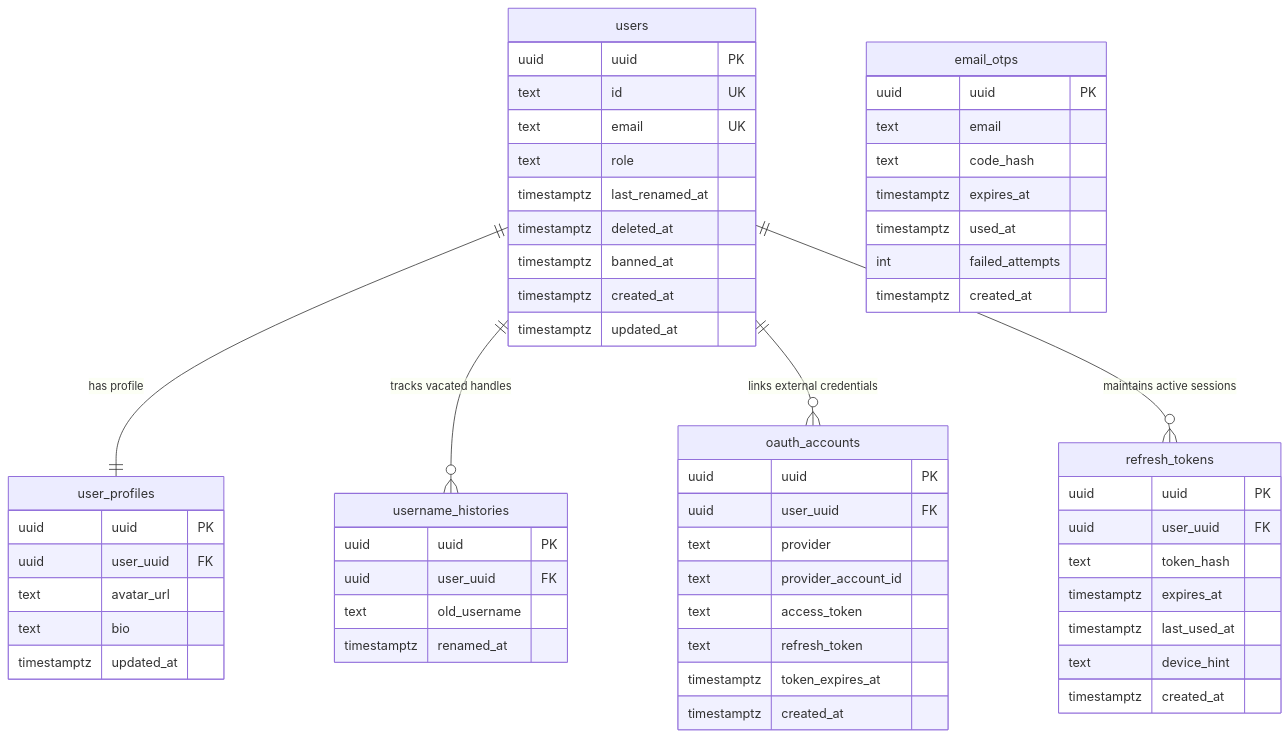
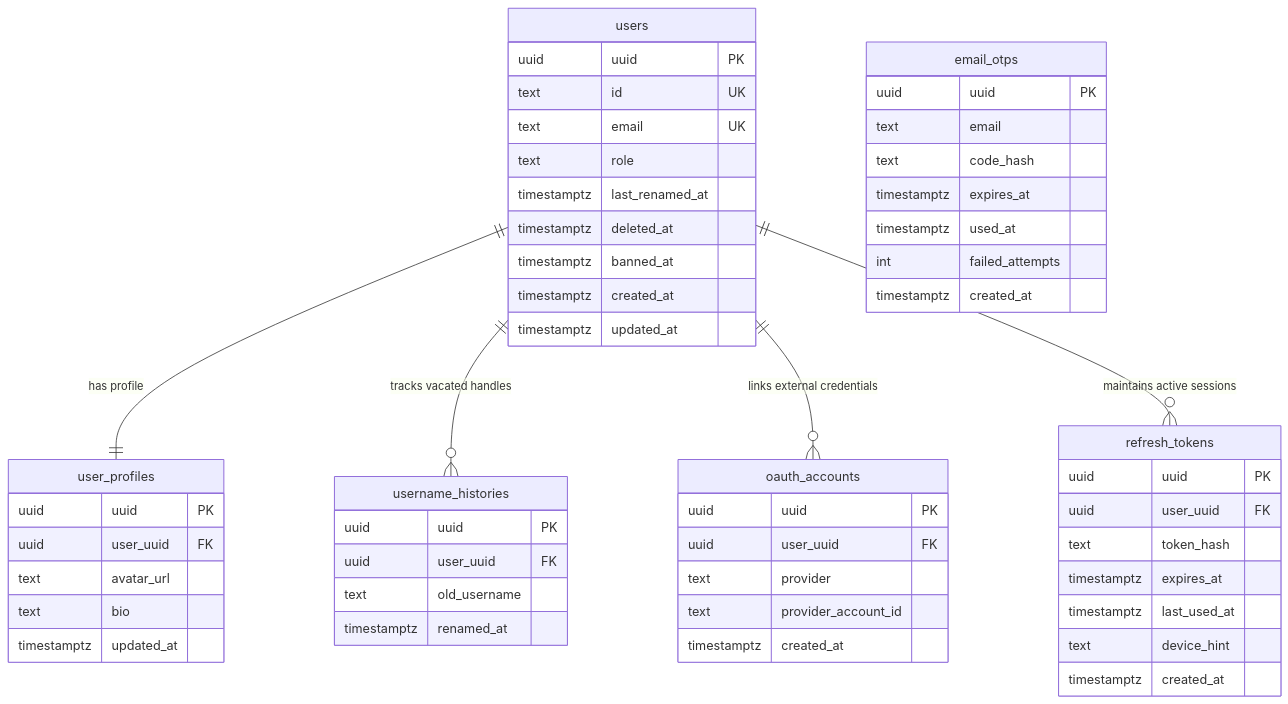
Before and after one commit to rohitramu/quadsmith: the diagram in docs/plans/user_auth.md, drawn with Mermaid. The commit also changed other lines of this file and 46 other files, not shown here.

````diff
--- a/docs/plans/user_auth.md
+++ b/docs/plans/user_auth.md
@@ -56,60 +55,57 @@
 ```mermaid
 erDiagram
     users {
         uuid uuid PK
         text id UK
         text email UK
         text role
         timestamptz last_renamed_at
         timestamptz deleted_at
         timestamptz banned_at
         timestamptz created_at
         timestamptz updated_at
     }
     user_profiles {
         uuid uuid PK
         uuid user_uuid FK
         text avatar_url
         text bio
         timestamptz updated_at
     }
     username_histories {
         uuid uuid PK
         uuid user_uuid FK
         text old_username
         timestamptz renamed_at
     }
     oauth_accounts {
         uuid uuid PK
         uuid user_uuid FK
         text provider
         text provider_account_id
-        text access_token
-        text refresh_token
-        timestamptz token_expires_at
         timestamptz created_at
     }
     email_otps {
         uuid uuid PK
         text email
         text code_hash
         timestamptz expires_at
         timestamptz used_at
         int failed_attempts
         timestamptz created_at
     }
     refresh_tokens {
         uuid uuid PK
         uuid user_uuid FK
         text token_hash
         timestamptz expires_at
         timestamptz last_used_at
         text device_hint
         timestamptz created_at
     }
 
     users ||--|| user_profiles : "has profile"
     users ||--o{ username_histories : "tracks vacated handles"
     users ||--o{ oauth_accounts : "links external credentials"
     users ||--o{ refresh_tokens : "maintains active sessions"
 ```
````
